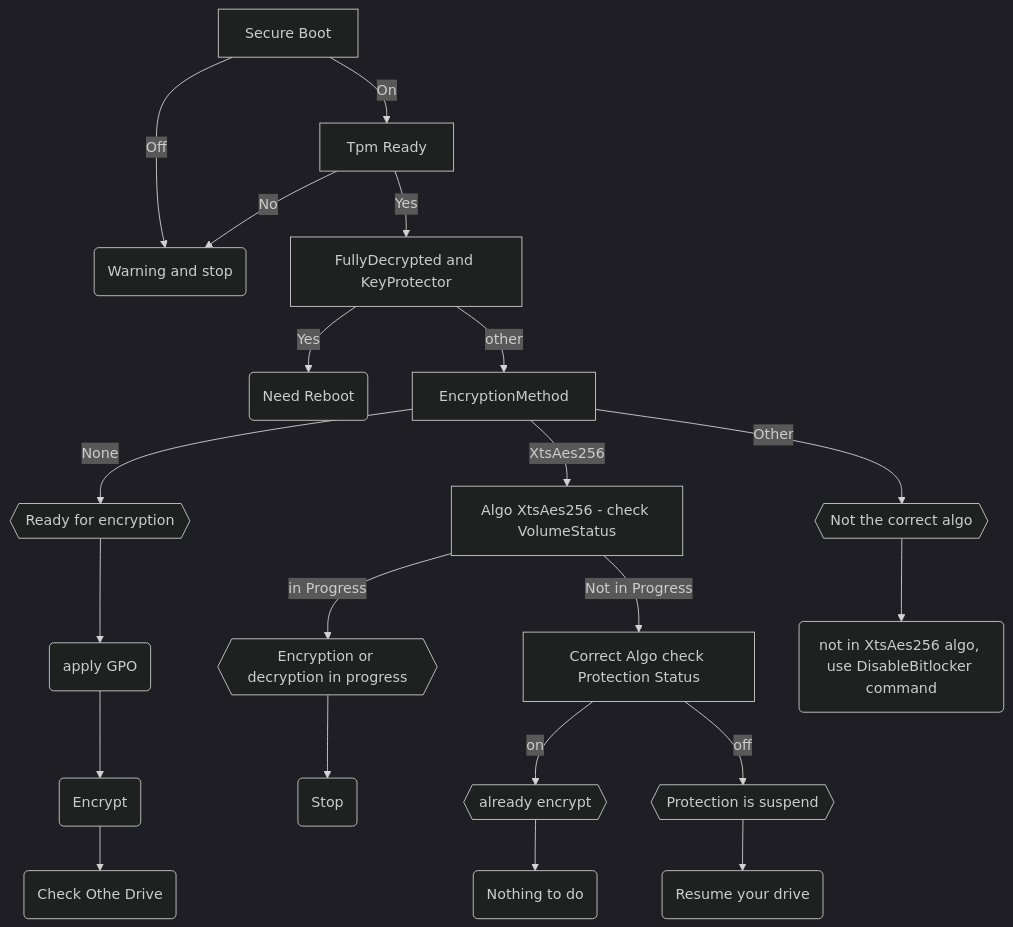
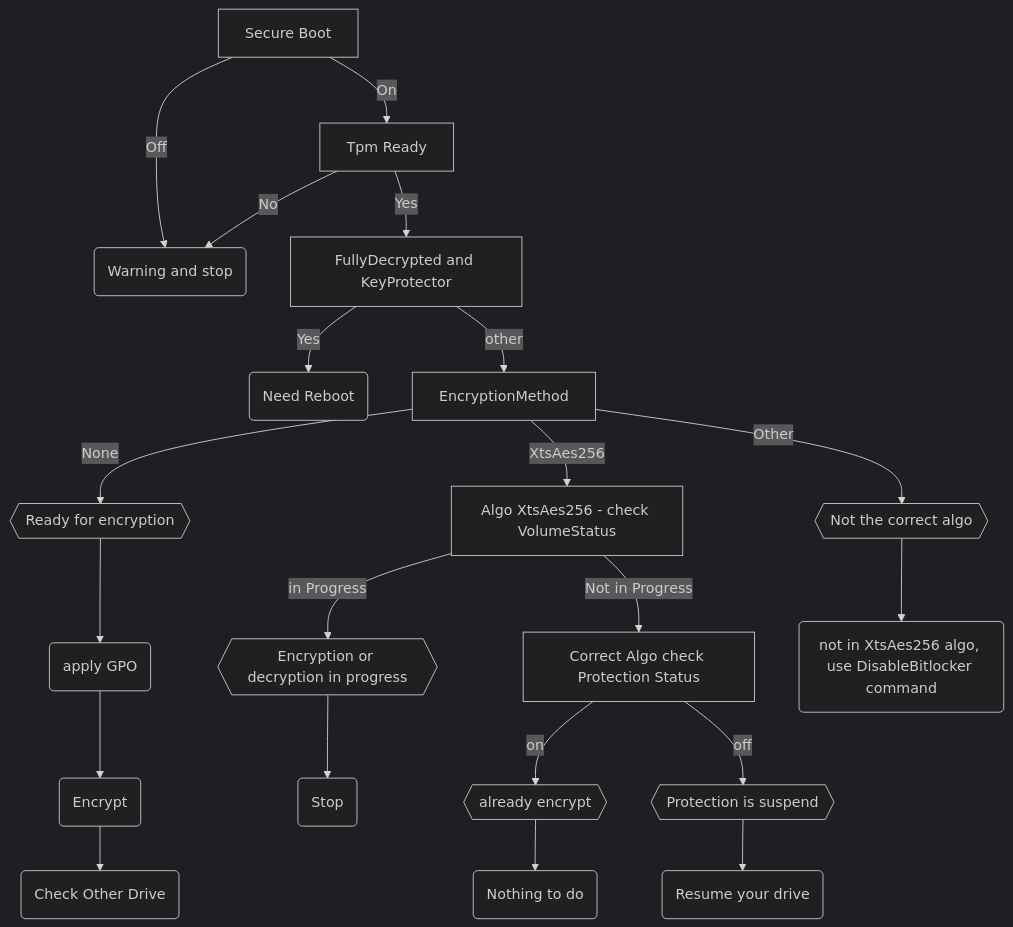
The diagram in dists/crypt-with-bitlocker/ALGORITHM.md (jl-oclinux/SecWinBatchMode), drawn with Mermaid (dark theme) before and after one commit.

Commit message:
othe ---> other

````diff
--- a/dists/crypt-with-bitlocker/ALGORITHM.md
+++ b/dists/crypt-with-bitlocker/ALGORITHM.md
@@ -3,18 +3,18 @@
 ```mermaid
 graph TD
    Node1[Secure Boot] -->|On| Node2
    Node1[Secure Boot] -->|Off| Node3(Warning and stop)
    Node2[Tpm Ready] --> |Yes|Node4
    Node2[Tpm Ready] --> |No|Node3
    Node4[FullyDecrypted and KeyProtector] --> |Yes|Reboot(Need Reboot)
    Node4[FullyDecrypted and KeyProtector] --> |other|Node5
    Node5[EncryptionMethod] --> |None| NodeNone
    Node5[EncryptionMethod] --> |XtsAes256| Node256
    Node5[EncryptionMethod] --> |Other| NodeOther
-   NodeNone{{Ready for encryption}} --> gpo(apply GPO) --> encrypt(Encrypt) --> OtherDrive(Check Othe Drive) 
+   NodeNone{{Ready for encryption}} --> gpo(apply GPO) --> encrypt(Encrypt) --> OtherDrive(Check Other Drive)
    Node256[Algo XtsAes256 - check VolumeStatus] --> |in Progress| InProgress{{Encryption or decryption in progress}} --> Stop(Stop)
    Node256[Algo XtsAes256 - check VolumeStatus] --> |Not in Progress| NotProgress
    NotProgress[Correct Algo check Protection Status] --> |on| already{{already encrypt}} --> nothing(Nothing to do)
    NotProgress[Correct Algo check Protection Status] --> |off| suspend{{Protection is suspend}} --> resume(Resume your drive)
    NodeOther{{Not the correct algo}} --> Not256(not in XtsAes256 algo, use DisableBitlocker command)
-  ``` 
+  ```
````
